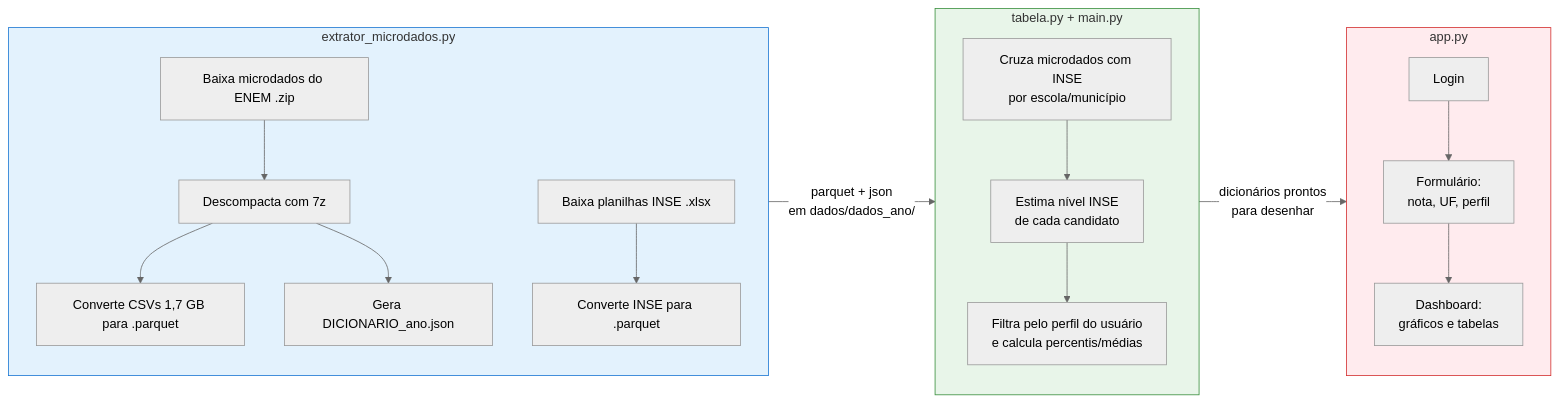
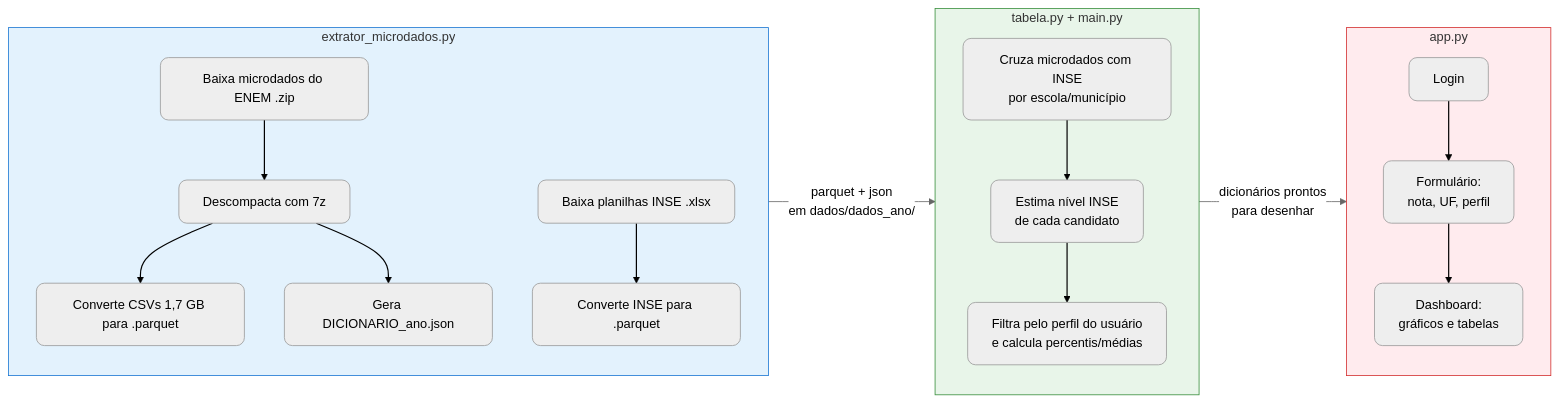
One commit to Joao-Vitor2/cdia-projetoAplicado3 changed the first of 4 diagrams in PIPELINE.md. Above: the diagram before and after it, drawn with Mermaid (neutral theme). The commit also changed other lines of this file, not shown here.

First line of the commit message:
Ajusta estilo dos diagramas: cards arredondados e setas pretas

````diff
--- a/PIPELINE.md
+++ b/PIPELINE.md
@@ -8,28 +8,35 @@
 ```mermaid
 flowchart LR
+    classDef card rx:10,ry:10
+
     subgraph EXTRACAO["extrator_microdados.py"]
         direction TB
         A["Baixa microdados do ENEM .zip"] --> B["Descompacta com 7z"]
         B --> C["Converte CSVs 1,7 GB para .parquet"]
         D["Baixa planilhas INSE .xlsx"] --> E["Converte INSE para .parquet"]
         B --> F["Gera DICIONARIO_ano.json"]
     end
 
     subgraph TRATAMENTO["tabela.py + main.py"]
         direction TB
         G["Cruza microdados com INSE<br/>por escola/município"] --> H["Estima nível INSE<br/>de cada candidato"]
         H --> I["Filtra pelo perfil do usuário<br/>e calcula percentis/médias"]
     end
 
     subgraph APP["app.py"]
         direction TB
-        J[Login] --> K["Formulário:<br/>nota, UF, perfil"] --> L["Dashboard:<br/>gráficos e tabelas"]
+        J["Login"] --> K["Formulário:<br/>nota, UF, perfil"] --> L["Dashboard:<br/>gráficos e tabelas"]
     end
 
     EXTRACAO -->|"parquet + json<br/>em dados/dados_ano/"| TRATAMENTO
     TRATAMENTO -->|"dicionários prontos<br/>para desenhar"| APP
 
+    class A,B,C,D,E,F,G,H,I,J,K,L card
+
     style EXTRACAO fill:#e3f2fd,stroke:#1976d2
     style TRATAMENTO fill:#e8f5e9,stroke:#388e3c
     style APP fill:#ffebee,stroke:#d32f2f
+
+    %% setas 0-7: dentro dos subgraphs coloridos -> pretas; 8-9: ligam os blocos -> cinza (padrão)
+    linkStyle 0,1,2,3,4,5,6,7 stroke:#000,stroke-width:1.5px
 ```
````
